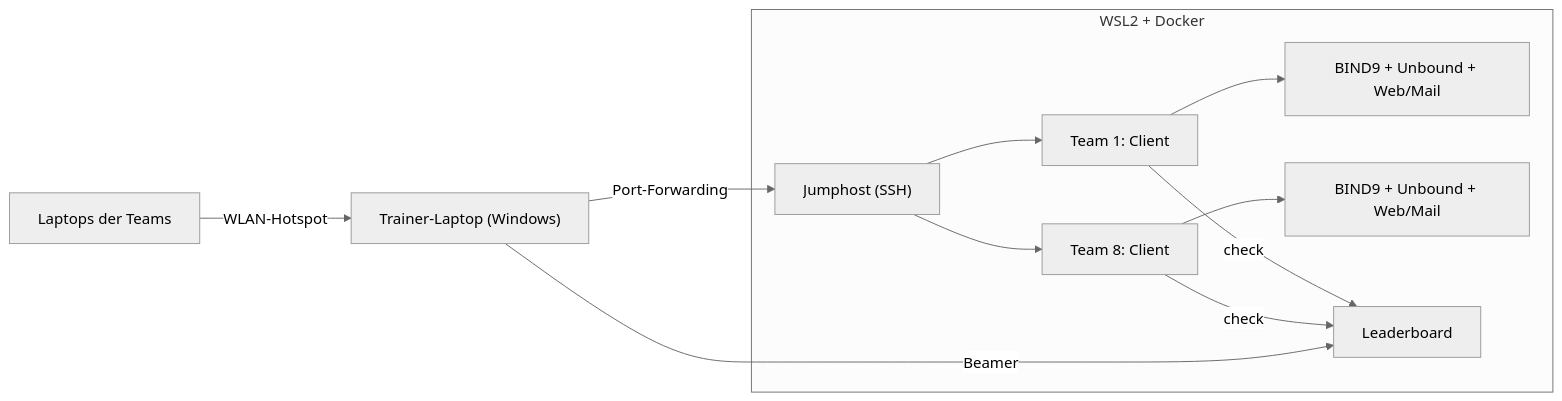
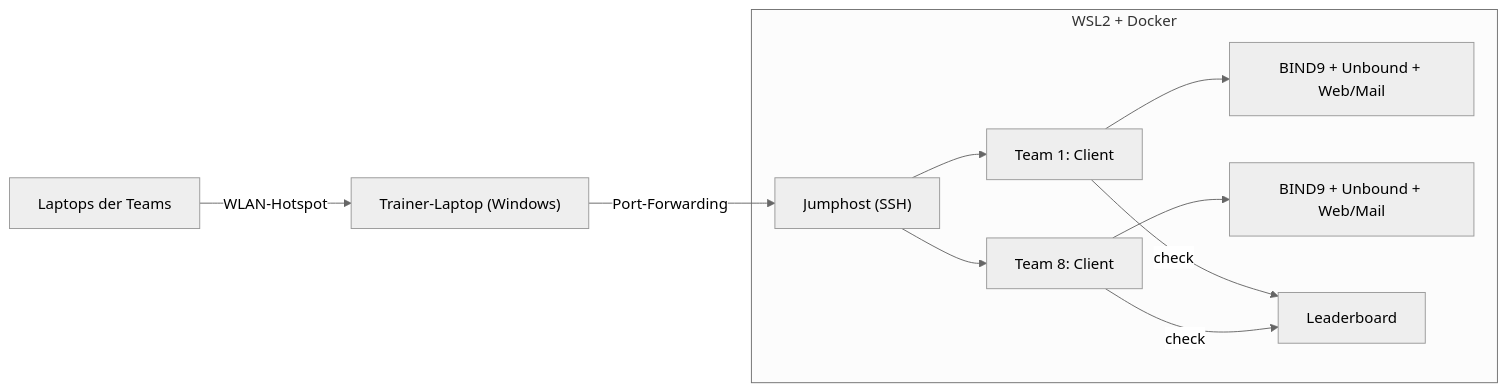
Before and after one commit to VugasDev/portfolio: the diagram in src/content/case-studies/dns-schulung.mdx, drawn with Mermaid (neutral theme). The commit also changed other lines of this file and 1 other file, not shown here.

````diff
--- a/src/content/case-studies/dns-schulung.mdx
+++ b/src/content/case-studies/dns-schulung.mdx
@@ -34,14 +33,13 @@
 ```mermaid
 flowchart LR
   L["Laptops der Teams"] -->|"WLAN-Hotspot"| W["Trainer-Laptop (Windows)"]
   W -->|"Port-Forwarding"| J["Jumphost (SSH)"]
   subgraph WSL2["WSL2 + Docker"]
     J --> C1["Team 1: Client"]
     J --> C8["Team 8: Client"]
     C1 --> A1["BIND9 + Unbound + Web/Mail"]
     C8 --> A8["BIND9 + Unbound + Web/Mail"]
     C1 -->|"check"| LB["Leaderboard"]
     C8 -->|"check"| LB
   end
-  W -->|"Beamer"| LB
 ```
````
